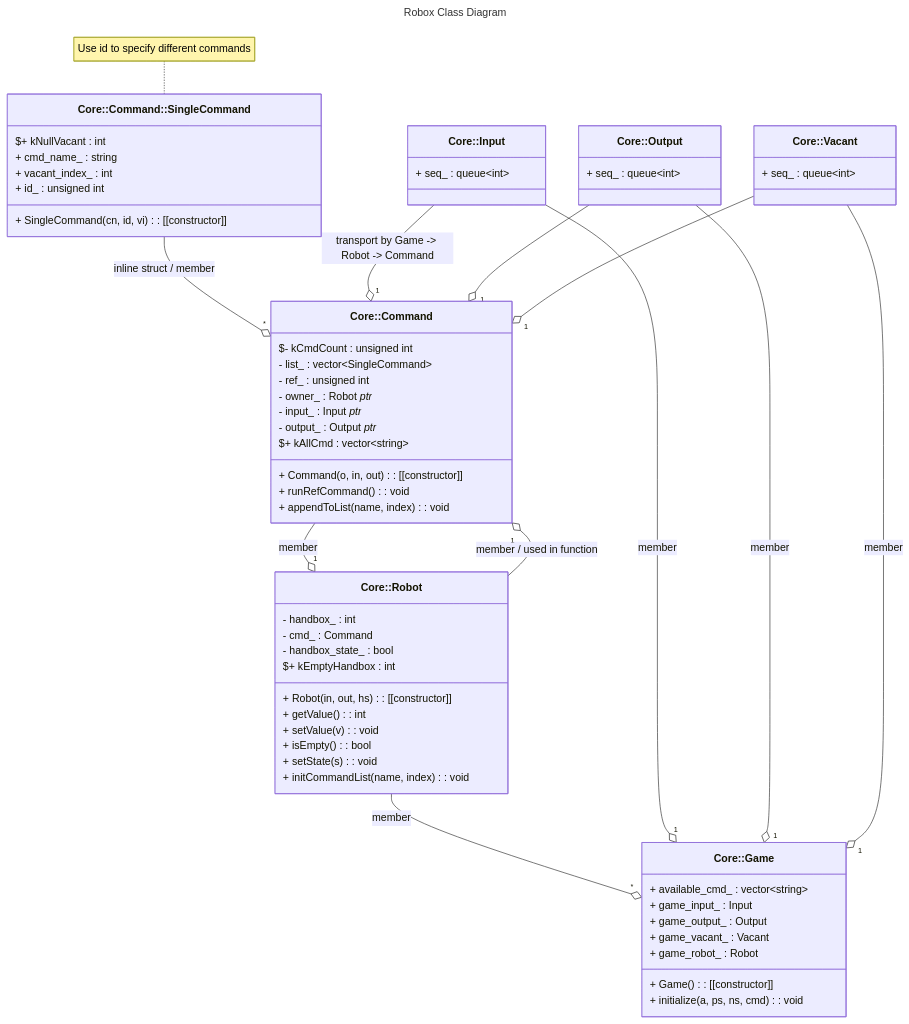
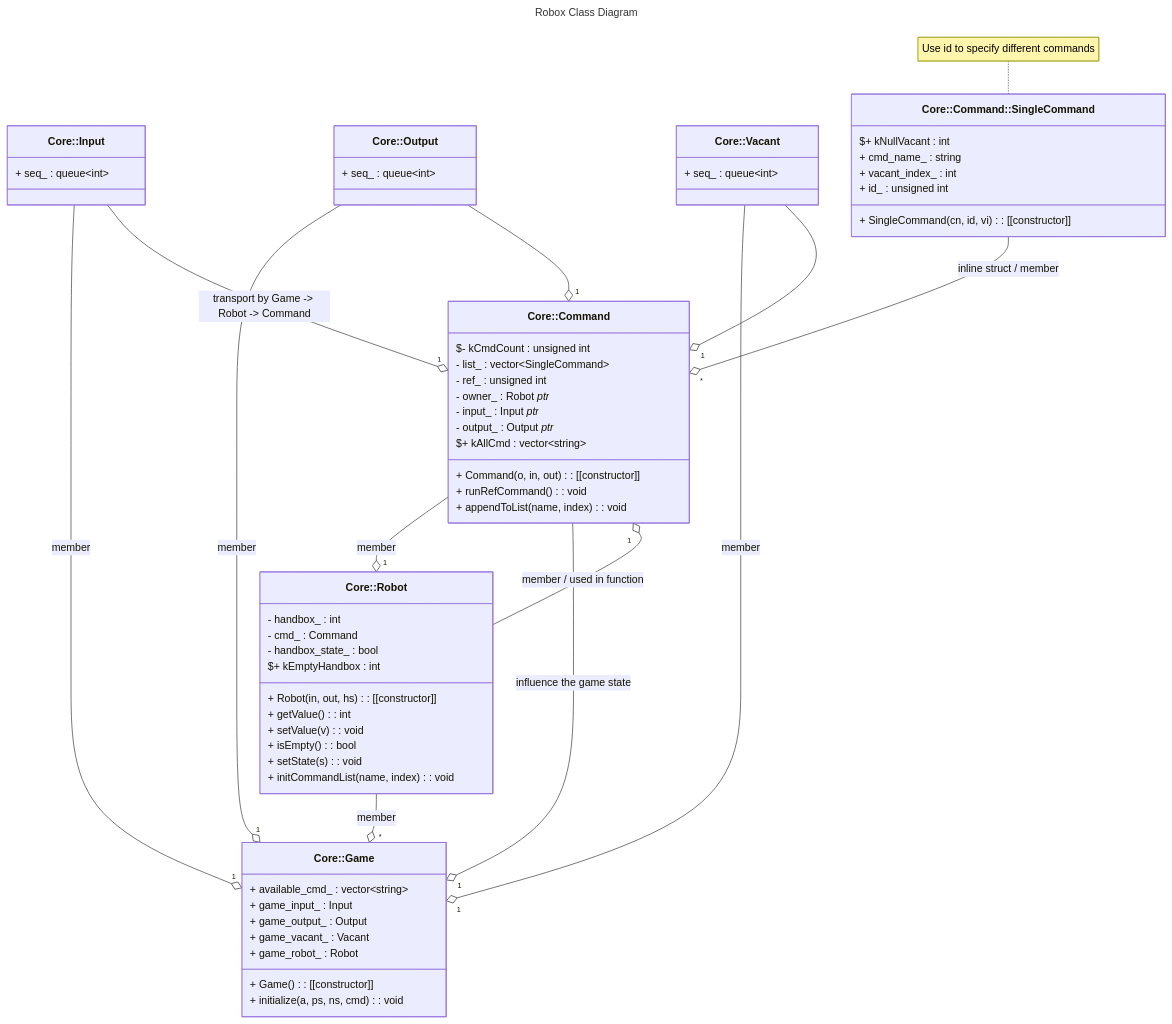
Before and after one commit to AshGreyG/Robox: the diagram in docs/declaration_ref.mermaid, drawn with Mermaid. The commit also changed 2 other files, not shown here.

Commit message:
Update : Add two functions to check if the current command has surplus or invalid operated vacannt index

```diff
--- a/docs/declaration_ref.mermaid
+++ b/docs/declaration_ref.mermaid
@@ -1,67 +1,68 @@
 ---
 title: Robox Class Diagram
 ---
 
 classDiagram
     class Input["Core::Input"] {
         + seq_ : queue~int~
     }
     class Output["Core::Output"] {
         + seq_ : queue~int~
     }
     class Vacant["Core::Vacant"] {
         + seq_ : queue~int~
     }
     class Robot["Core::Robot"] {
         - handbox_ : int
         - cmd_ : Command
         - handbox_state_ : bool
         $+ kEmptyHandbox : int
         + Robot(in, out, hs) : [[constructor]]
         + getValue() : int
         + setValue(v) : void
         + isEmpty() : bool
         + setState(s) : void
         + initCommandList(name, index) : void
     }
     class Command["Core::Command"] {
         $- kCmdCount : unsigned int
         - list_ : vector~SingleCommand~
         - ref_ : unsigned int
         - owner_ : Robot _ptr_
         - input_ : Input _ptr_
         - output_ : Output _ptr_
         $+ kAllCmd : vector~string~
         + Command(o, in, out) : [[constructor]]
         + runRefCommand() : void
         + appendToList(name, index) : void
     }
     class SingleCommand["Core::Command::SingleCommand"] {
         $+ kNullVacant : int
         + cmd_name_ : string
         + vacant_index_ : int
         + id_ : unsigned int
         + SingleCommand(cn, id, vi) : [[constructor]]
     }
 
     class Game["Core::Game"] {
         + available_cmd_ : vector~string~
         + game_input_ : Input
         + game_output_ : Output
         + game_vacant_ : Vacant
         + game_robot_ : Robot
         + Game() : [[constructor]]
         + initialize(a, ps, ns, cmd) : void
     }
     SingleCommand --o "*" Command : inline struct / member
     Command --o "1" Robot : member
     Robot --o "1" Command : member / used in function
     Robot --o "*" Game : member
     Input --o "1" Game : member
     Output --o "1" Game : member
     Vacant --o "1" Game : member
     Input --o "1" Command : transport by Game -> Robot -> Command
     Output --o "1" Command
     Vacant --o "1" Command
+    Command --o "1" Game : influence the game state
 
     note for SingleCommand "Use id to specify different commands"
```
